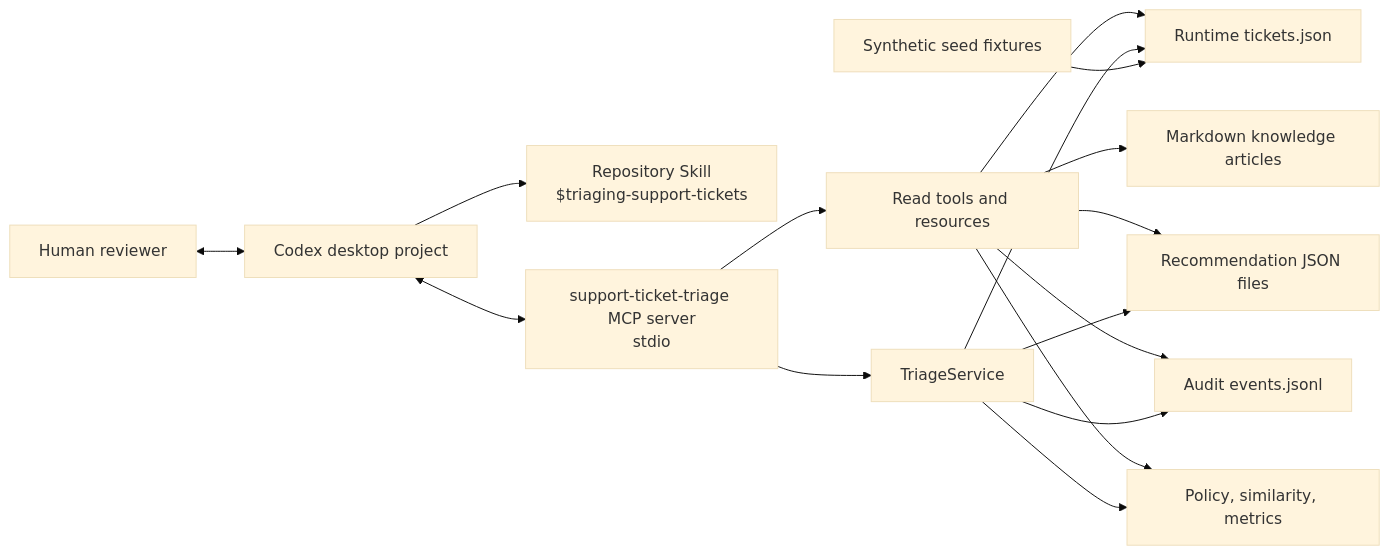
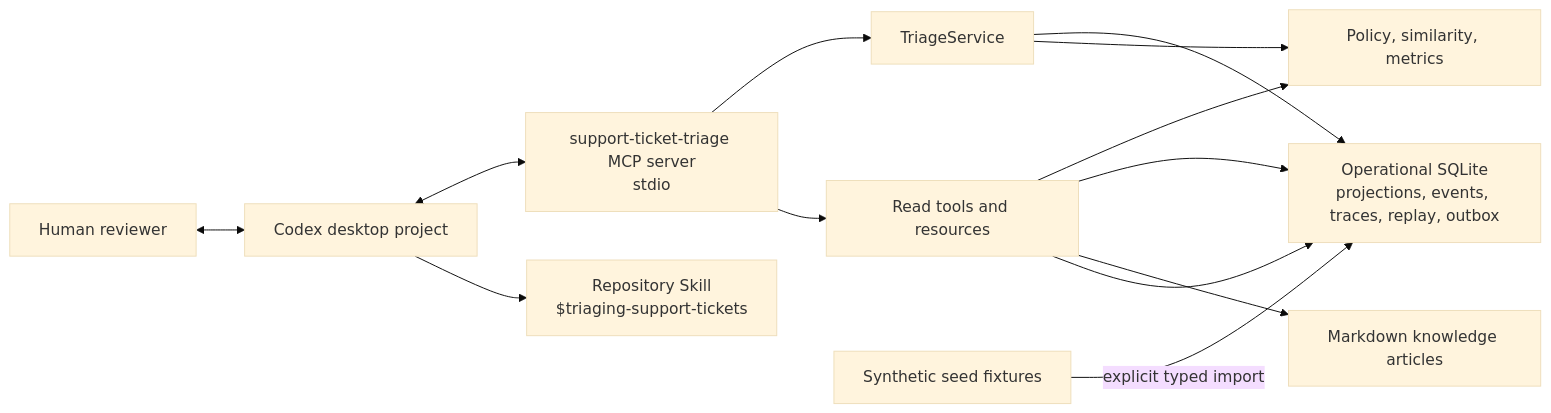
The first of 3 diagrams in README.md (MatiasLaukka/Support-Ticket-Triage-MCP), drawn with Mermaid (base theme) before and after one commit. The commit also changed other lines of this file and 27 other files, not shown here.

````diff
--- a/README.md
+++ b/README.md
@@ -78,31 +79,26 @@
 ```mermaid
 flowchart LR
     Human["Human reviewer"]
     Codex["Codex desktop project"]
     Skill["Repository Skill<br/>$triaging-support-tickets"]
     MCP["support-ticket-triage MCP server<br/>stdio"]
     Reads["Read tools and resources"]
     Service["TriageService"]
     Policy["Policy, similarity, metrics"]
-    Tickets["Runtime tickets.json"]
-    Recommendations["Recommendation JSON files"]
-    Audit["Audit events.jsonl"]
+    Operational["Operational SQLite<br/>projections, events, traces, replay, outbox"]
     Knowledge["Markdown knowledge articles"]
     Seed["Synthetic seed fixtures"]
 
     Human <--> Codex
     Codex --> Skill
     Codex <--> MCP
     MCP --> Reads
     MCP --> Service
-    Reads --> Tickets
+    Reads --> Operational
     Reads --> Knowledge
-    Reads --> Recommendations
-    Reads --> Audit
+    Reads --> Operational
     Reads --> Policy
     Service --> Policy
-    Service --> Tickets
-    Service --> Recommendations
-    Service --> Audit
-    Seed --> Tickets
+    Service --> Operational
+    Seed -->|explicit typed import| Operational
 ```
````
